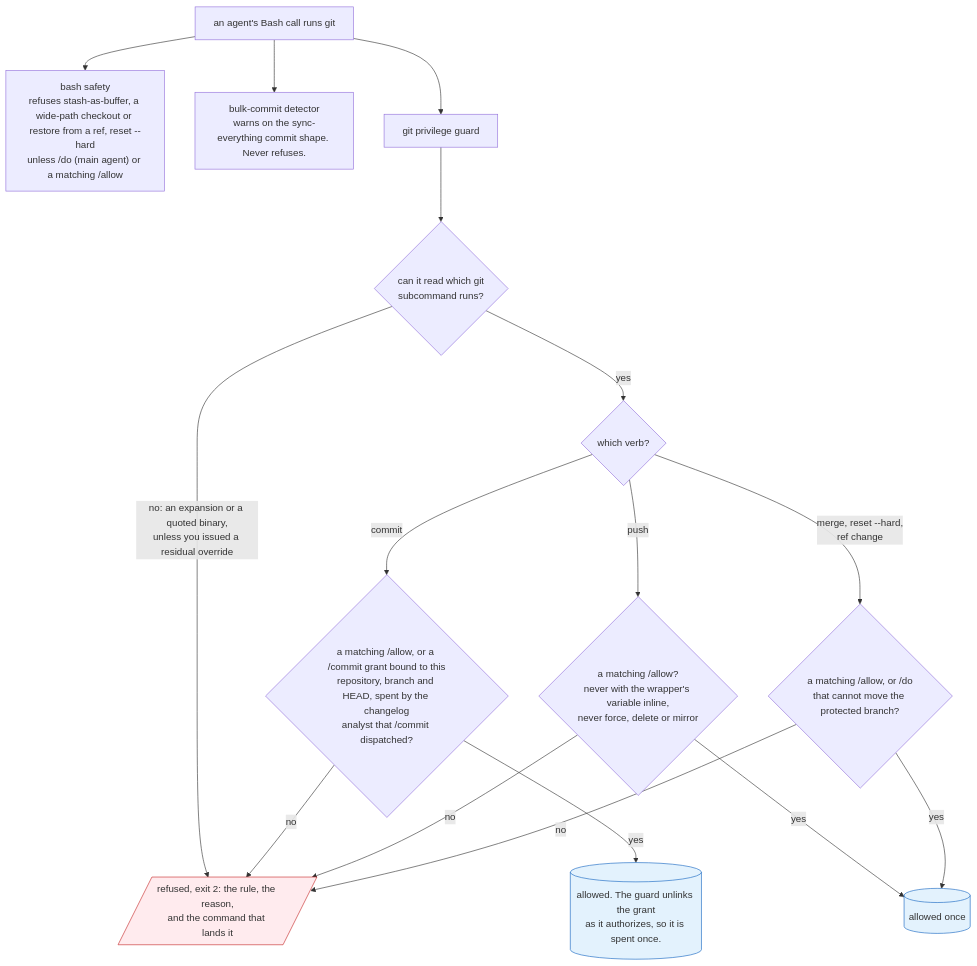
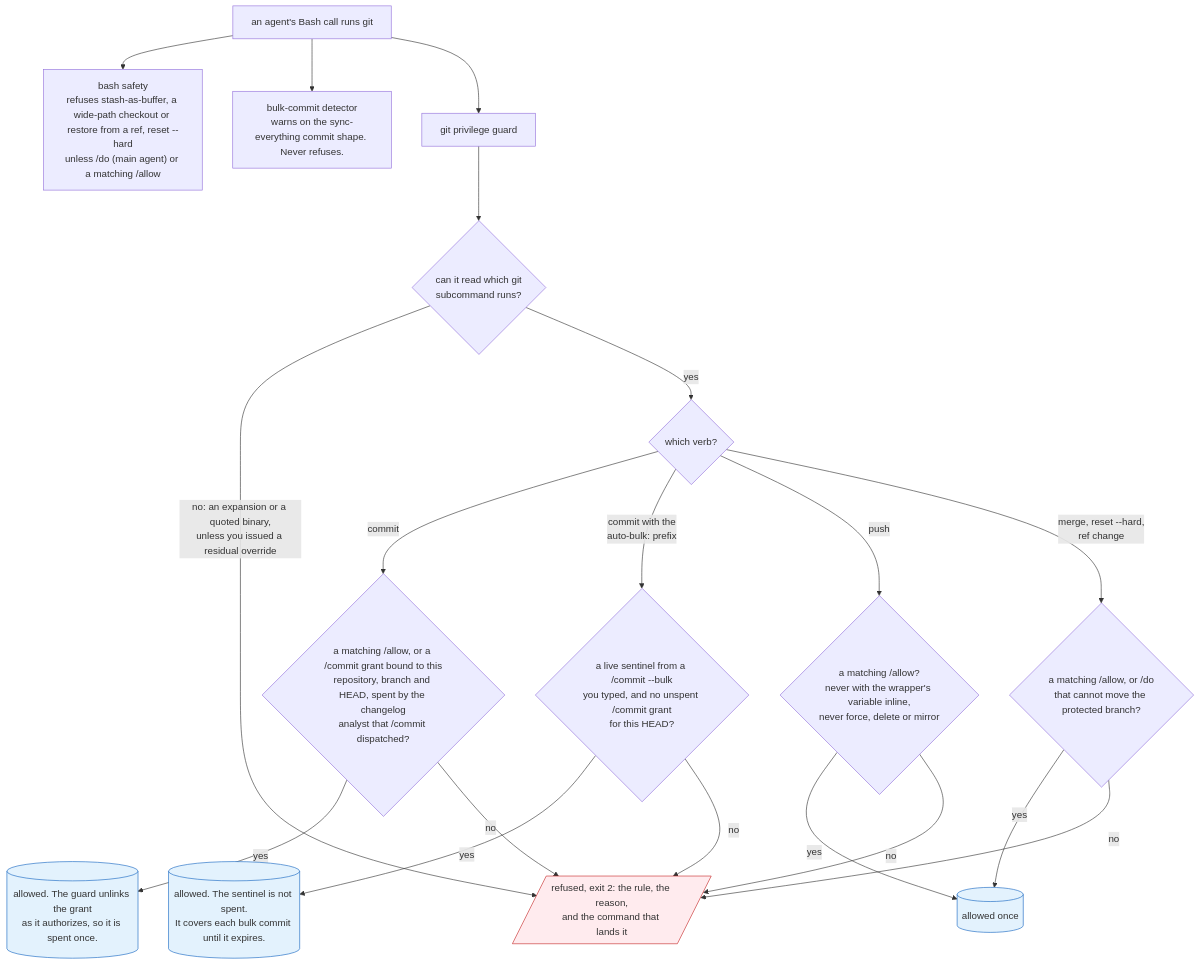
Before and after one commit to Yugoge/awesome-claude-harness: the first of 3 diagrams in README.md, drawn with Mermaid. The commit also changed other lines of this file, not shown here.

````diff
--- a/README.md
+++ b/README.md
@@ -59,21 +59,23 @@
 ```mermaid
 flowchart TD
     B["an agent's Bash call runs git"] --> S["bash safety<br/>refuses stash-as-buffer, a wide-path checkout or restore from a ref, reset --hard<br/>unless /do (main agent) or a matching /allow"]
     B --> W["bulk-commit detector<br/>warns on the sync-everything commit shape. Never refuses."]
     B --> G["git privilege guard"]
     G --> L{"can it read which git<br/>subcommand runs?"}
     L -->|"no: an expansion or a quoted binary,<br/>unless you issued a residual override"| NO
     L -->|yes| V{which verb?}
     V -->|commit| C{"a matching /allow, or a /commit grant bound to this<br/>repository, branch and HEAD, spent by the changelog<br/>analyst that /commit dispatched?"}
+    V -->|"commit with the<br/>auto-bulk: prefix"| K{"a live sentinel from a /commit --bulk<br/>you typed, and no unspent /commit grant<br/>for this HEAD?"}
     V -->|push| P{"a matching /allow?<br/>never with the wrapper's variable inline,<br/>never force, delete or mirror"}
     V -->|"merge, reset --hard,<br/>ref change"| R{"a matching /allow, or /do<br/>that cannot move the protected branch?"}
     C -->|yes| OK[("allowed. The guard unlinks the grant<br/>as it authorizes, so it is spent once.")]
     P -->|yes| OK2[("allowed once")]
     R -->|yes| OK2
-    C & P & R -->|no| NO[/"refused, exit 2: the rule, the reason,<br/>and the command that lands it"/]
+    K -->|yes| OK3[("allowed. The sentinel is not spent.<br/>It covers each bulk commit until it expires.")]
+    C & P & R & K -->|no| NO[/"refused, exit 2: the rule, the reason,<br/>and the command that lands it"/]
 
     classDef block fill:#ffebee,stroke:#c62828
     classDef ok fill:#e3f2fd,stroke:#1565c0
     class NO block
-    class OK,OK2 ok
+    class OK,OK2,OK3 ok
 ```
````
